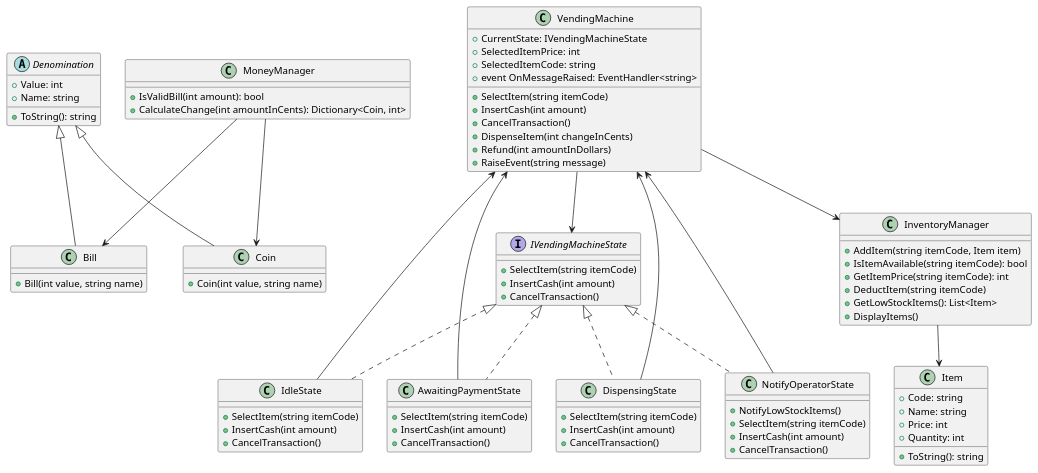
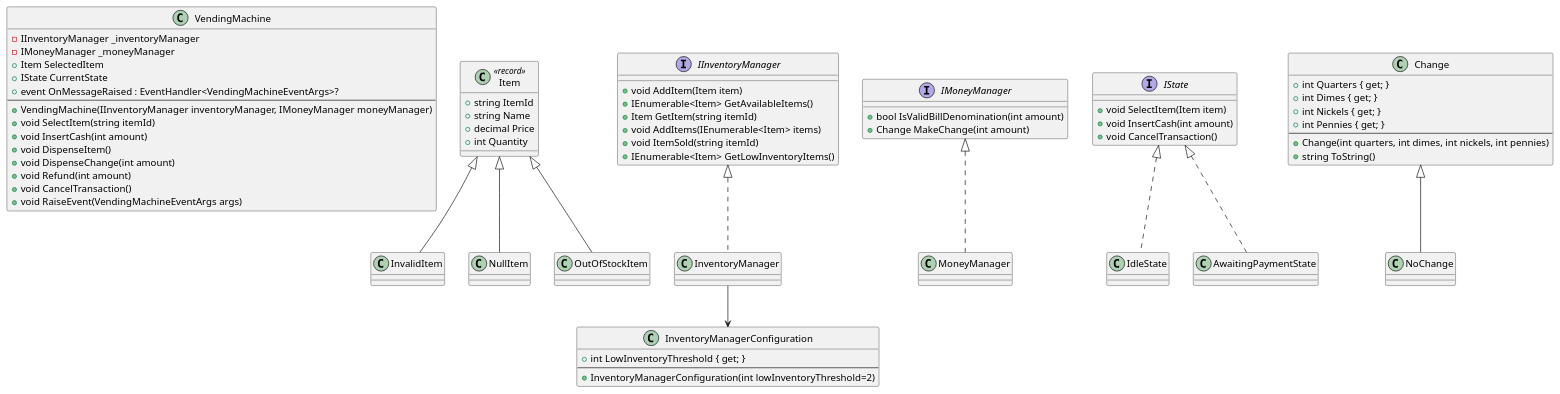
Before and after one commit to farooq-teqniqly/system-design-vending-machine: the second of 3 diagrams in README.md, drawn with PlantUML. The commit also changed other lines of this file, not shown here.

````diff
--- a/README.md
+++ b/README.md
@@ -28,97 +28,84 @@
 ```plantuml
 @startuml
 
-' Base class for denominations (Bills and Coins)
-abstract class Denomination {
-    + Value: int
-    + Name: string
-    + ToString(): string
+class VendingMachine {
+    - IInventoryManager _inventoryManager
+    - IMoneyManager _moneyManager
+    + Item SelectedItem
+    + IState CurrentState
+    + event OnMessageRaised : EventHandler<VendingMachineEventArgs>?
+    --
+    + VendingMachine(IInventoryManager inventoryManager, IMoneyManager moneyManager)
+    + void SelectItem(string itemId)
+    + void InsertCash(int amount)
+    + void DispenseItem()
+    + void DispenseChange(int amount)
+    + void Refund(int amount)
+    + void CancelTransaction()
+    + void RaiseEvent(VendingMachineEventArgs args)
 }
 
-class Bill extends Denomination {
-    + Bill(int value, string name)
+class Item <<record>> {
+    + string ItemId
+    + string Name
+    + decimal Price
+    + int Quantity
 }
 
-class Coin extends Denomination {
-    + Coin(int value, string name)
+class InvalidItem extends Item
+class NullItem extends Item
+class OutOfStockItem extends Item
+
+interface IInventoryManager {
+    + void AddItem(Item item)
+    + IEnumerable<Item> GetAvailableItems()
+    + Item GetItem(string itemId)
+    + void AddItems(IEnumerable<Item> items)
+    + void ItemSold(string itemId)
+    + IEnumerable<Item> GetLowInventoryItems()
 }
 
-class MoneyManager {
-    + IsValidBill(int amount): bool
-    + CalculateChange(int amountInCents): Dictionary<Coin, int>
+class InventoryManager implements IInventoryManager
+
+class InventoryManagerConfiguration {
+    + int LowInventoryThreshold { get; }
+    --
+    + InventoryManagerConfiguration(int lowInventoryThreshold=2)
 }
 
-class VendingMachine {
-    + CurrentState: IVendingMachineState
-    + SelectedItemPrice: int
-    + SelectedItemCode: string
-    + SelectItem(string itemCode)
-    + InsertCash(int amount)
-    + CancelTransaction()
-    + DispenseItem(int changeInCents)
-    + Refund(int amountInDollars)
-    + RaiseEvent(string message)
-    + event OnMessageRaised: EventHandler<string>
+InventoryManager --> InventoryManagerConfiguration
+
+interface IMoneyManager {
+    + bool IsValidBillDenomination(int amount)
+    + Change MakeChange(int amount)
 }
 
-interface IVendingMachineState {
-    + SelectItem(string itemCode)
-    + InsertCash(int amount)
-    + CancelTransaction()
+class MoneyManager implements IMoneyManager
+
+interface IState {
+    + void SelectItem(Item item)
+    + void InsertCash(int amount)
+    + void CancelTransaction()
 }
 
-class IdleState implements IVendingMachineState {
-    + SelectItem(string itemCode)
-    + InsertCash(int amount)
-    + CancelTransaction()
+class IdleState implements IState
+
+class AwaitingPaymentState implements IState
+
+
+class Change {
+    + int Quarters { get; }
+    + int Dimes { get; }
+    + int Nickels { get; }
+    + int Pennies { get; }
+    --
+    + Change(int quarters, int dimes, int nickels, int pennies)
+    + string ToString()
 }
 
-class AwaitingPaymentState implements IVendingMachineState {
-    + SelectItem(string itemCode)
-    + InsertCash(int amount)
-    + CancelTransaction()
-}
-
-class DispensingState implements IVendingMachineState {
-    + SelectItem(string itemCode)
-    + InsertCash(int amount)
-    + CancelTransaction()
-}
-
-class NotifyOperatorState implements IVendingMachineState {
-    + NotifyLowStockItems()
-    + SelectItem(string itemCode)
-    + InsertCash(int amount)
-    + CancelTransaction()
-}
-
-class InventoryManager {
-    + AddItem(string itemCode, Item item)
-    + IsItemAvailable(string itemCode): bool
-    + GetItemPrice(string itemCode): int
-    + DeductItem(string itemCode)
-    + GetLowStockItems(): List<Item>
-    + DisplayItems()
-}
-
-class Item {
-    + Code: string
-    + Name: string
-    + Price: int
-    + Quantity: int
-    + ToString(): string
-}
-
-MoneyManager --> Bill
-MoneyManager --> Coin
-VendingMachine --> IVendingMachineState
-IdleState --> VendingMachine
-AwaitingPaymentState --> VendingMachine
-DispensingState --> VendingMachine
-NotifyOperatorState --> VendingMachine
-InventoryManager --> Item
-VendingMachine --> InventoryManager
+class NoChange extends Change
 
 @enduml
 
+
 ```
````
